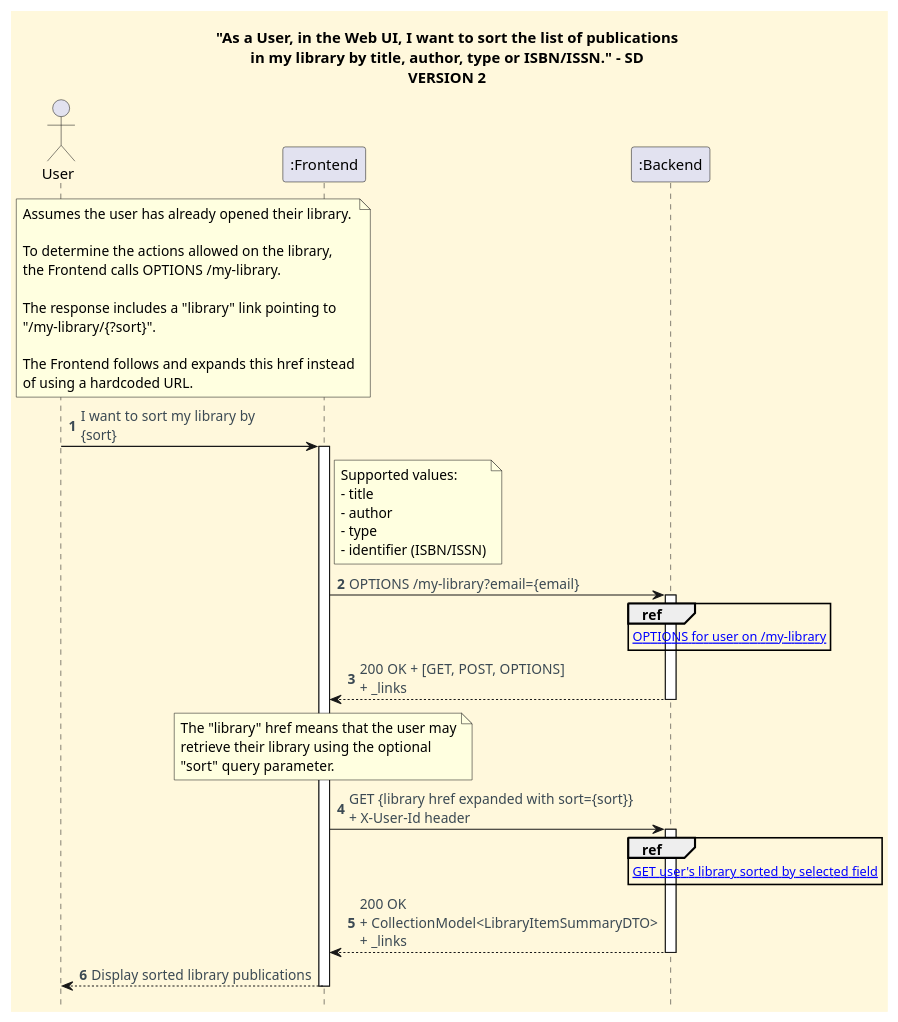
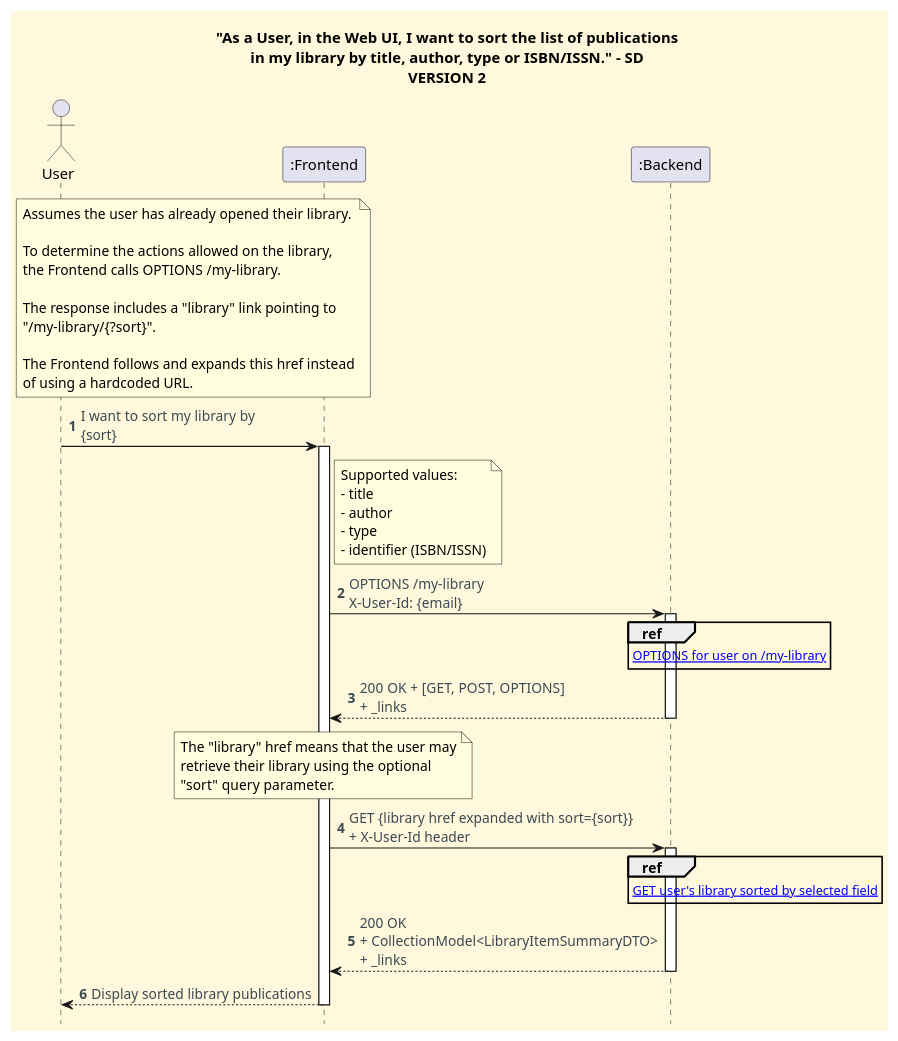
Before and after one commit to CarolinaLeite-collab/JavaMarketplacePlatform: the diagram in docs/client-server-diagrams/sort-publications-in-library-by-title-author-type-or-isbn-issn/Process_View_Level_3_SD.puml, drawn with PlantUML. The commit also changed 4 other files, not shown here.

Commit message:
docs: align library sorting diagrams with implementation, refs #1139

```diff
--- a/docs/client-server-diagrams/sort-publications-in-library-by-title-author-type-or-isbn-issn/Process_View_Level_3_SD.puml
+++ b/docs/client-server-diagrams/sort-publications-in-library-by-title-author-type-or-isbn-issn/Process_View_Level_3_SD.puml
@@ -1,73 +1,73 @@
 @startuml
 title "As a User, in the Web UI, I want to sort the list of publications\nin my library by title, author, type or ISBN/ISSN." - SD\nVERSION 2
 
 skinparam monochrome false
 skinparam shadowing false
 skinparam defaultFontName Futura
 skinparam objectFontSize 20
 skinparam backgroundColor CornSilk
 skinparam objectBackgroundColor WhiteSmoke
 skinparam noteBackgroundColor #FFFFE0
 skinparam ArrowFontColor #3B4953
 skinparam ActivationBackgroundColor black
 hidefootbox
 autonumber
 
 actor User
 participant ":Frontend" as Frontend
 participant ":Backend" as Backend
 
 note over User, Frontend
 Assumes the user has already opened their library.
 
 To determine the actions allowed on the library,
 the Frontend calls OPTIONS /my-library.
 
 The response includes a "library" link pointing to
 "/my-library/{?sort}".
 
 The Frontend follows and expands this href instead
 of using a hardcoded URL.
 end note
 
 User -> Frontend : I want to sort my library by\n{sort}
 activate Frontend
 
 note right of Frontend
 Supported values:
 - title
 - author
 - type
 - identifier (ISBN/ISSN)
 end note
 
-Frontend -> Backend : OPTIONS /my-library?email={email}
+Frontend -> Backend : OPTIONS /my-library\nX-User-Id: {email}
 activate Backend
 
 ref over Backend
 [[rest-sd-ref-diagrams/OPTIONS_My_Library_SD.puml OPTIONS for user on /my-library]]
 end ref
 
 Backend --> Frontend : 200 OK + [GET, POST, OPTIONS]\n+ _links
 deactivate Backend
 
 note over Frontend
 The "library" href means that the user may
 retrieve their library using the optional
 "sort" query parameter.
 end note
 
 Frontend -> Backend : GET {library href expanded with sort={sort}}\n+ X-User-Id header
 activate Backend
 
 ref over Backend
 [[rest-sd-ref-diagrams/GET_Sorted_My_Library_SD.puml GET user's library sorted by selected field]]
 end ref
 
 Backend --> Frontend : 200 OK\n+ CollectionModel<LibraryItemSummaryDTO>\n+ _links
 deactivate Backend
 
 Frontend --> User : Display sorted library publications
 deactivate Frontend
 
 @enduml
```
